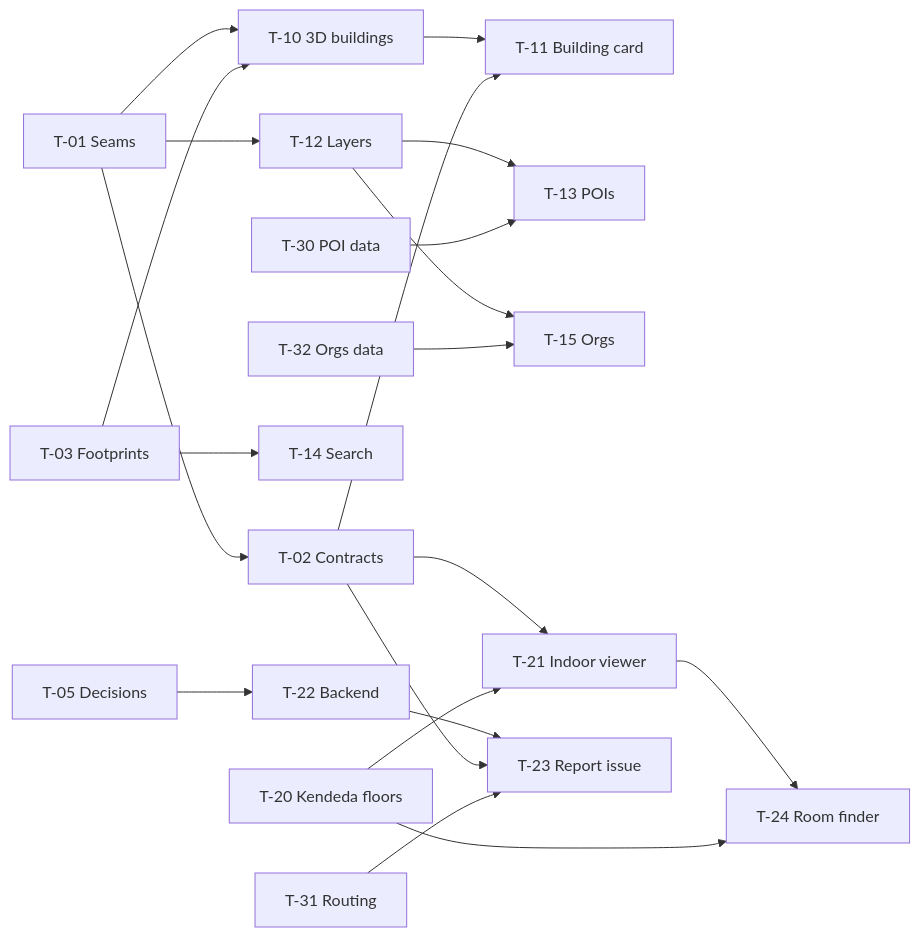
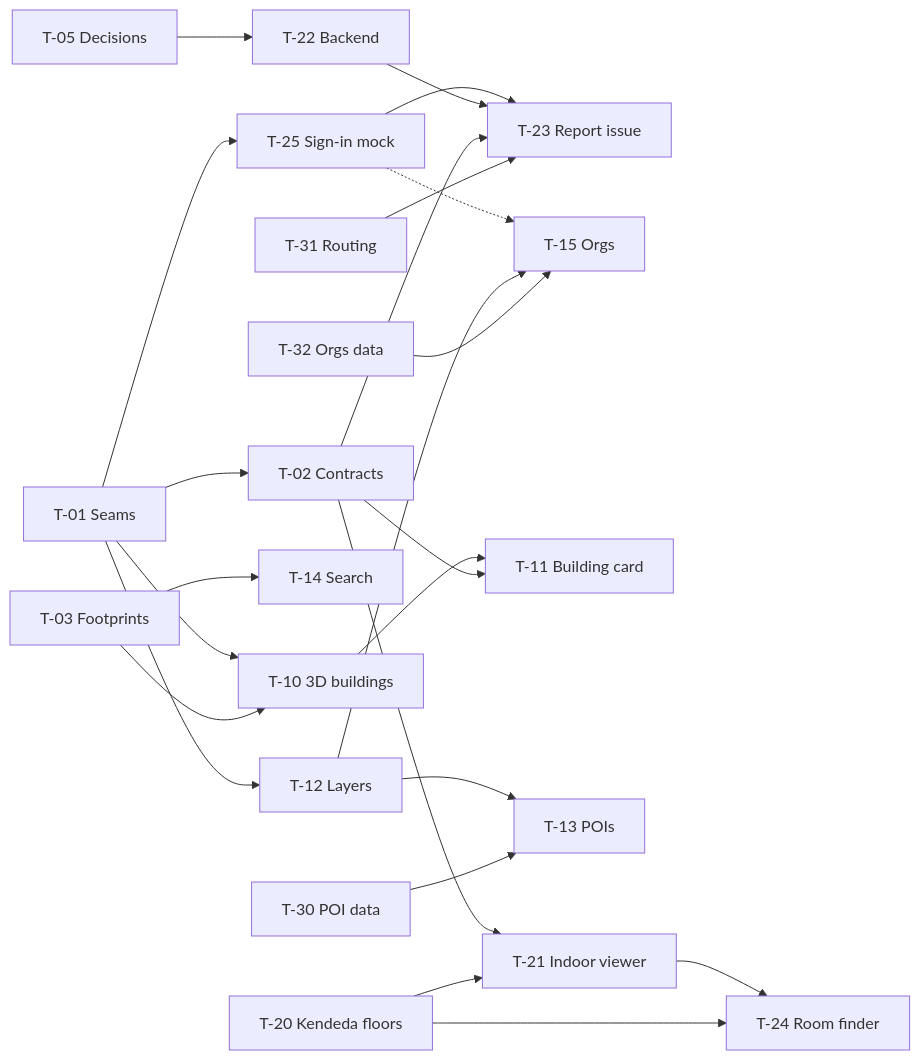
The diagram in docs/WORKPLAN.md (davidreinagarcia/cims), drawn with Mermaid before and after one commit. The commit also changed other lines of this file and 11 other files, not shown here.

````diff
--- a/docs/WORKPLAN.md
+++ b/docs/WORKPLAN.md
@@ -209,20 +212,22 @@
 ```mermaid
 flowchart LR
   T01[T-01 Seams] --> T02[T-02 Contracts]
+  T01 --> T25[T-25 Sign-in mock] --> T23
+  T25 -.-> T15
   T01 --> T10[T-10 3D buildings]
   T03[T-03 Footprints] --> T10
   T10 --> T11[T-11 Building card]
   T02 --> T11
   T01 --> T12[T-12 Layers] --> T13[T-13 POIs]
   T30[T-30 POI data] --> T13
   T03 --> T14[T-14 Search]
   T12 --> T15[T-15 Orgs] 
   T32[T-32 Orgs data] --> T15
   T02 --> T21[T-21 Indoor viewer]
   T20[T-20 Kendeda floors] --> T21
   T05[T-05 Decisions] --> T22[T-22 Backend] --> T23[T-23 Report issue]
   T02 --> T23
   T31[T-31 Routing] --> T23
   T21 --> T24[T-24 Room finder]
   T20 --> T24
 ```
````
